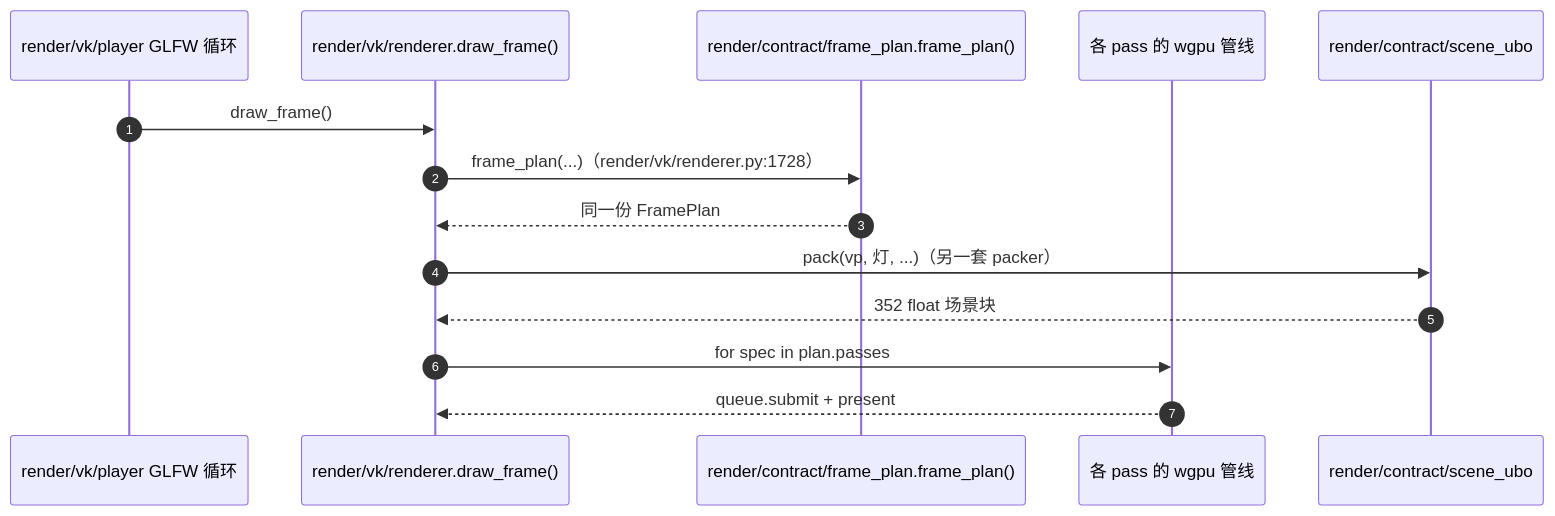
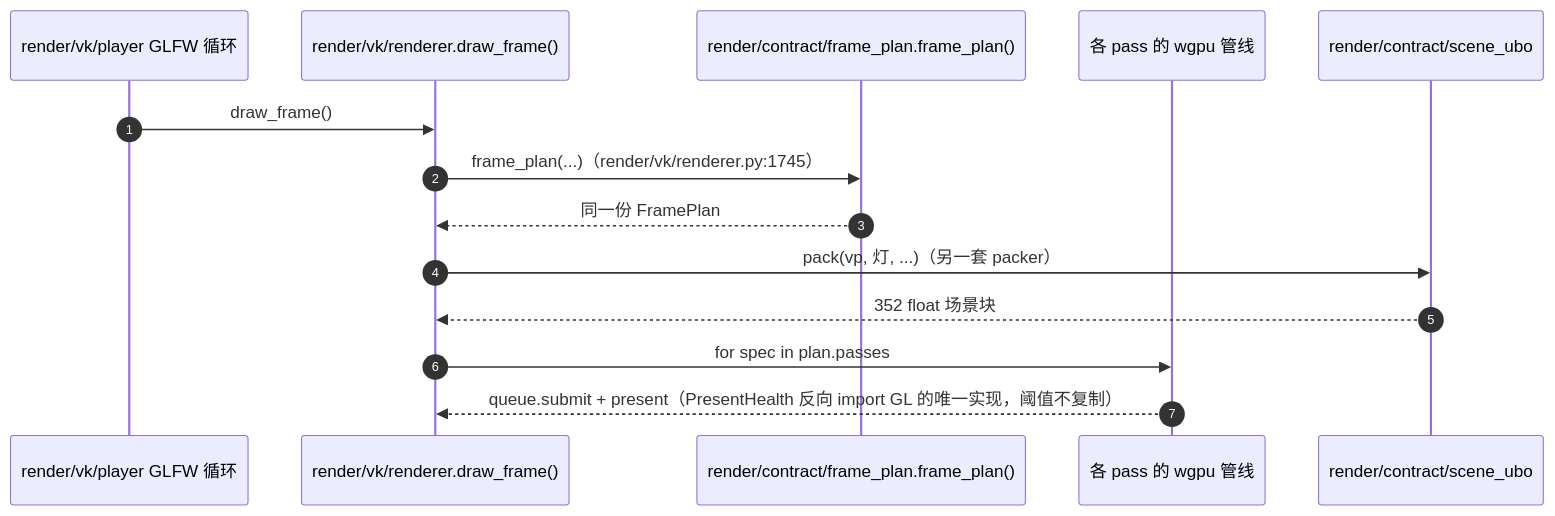
Before and after one commit to lhy302/WeaveEngine: diagram 15 of 23 in ARCHITECTURE.md, drawn with Mermaid. The commit also changed other lines of this file, not shown here.

First line of the commit message:
docs: 架构图 v4 —— 按 HEAD d156cee 真实状态统一重画 23 张 Mermaid 图

````diff
--- a/ARCHITECTURE.md
+++ b/ARCHITECTURE.md
@@ -570,16 +614,16 @@
 ```mermaid
 sequenceDiagram
   autonumber
   participant W as render/vk/player GLFW 循环
   participant R as render/vk/renderer.draw_frame()
   participant PL as render/contract/frame_plan.frame_plan()
   participant P as 各 pass 的 wgpu 管线
   participant U as render/contract/scene_ubo
   W->>R: draw_frame()
-  R->>PL: frame_plan(...)（render/vk/renderer.py:1728）
+  R->>PL: frame_plan(...)（render/vk/renderer.py:1745）
   PL-->>R: 同一份 FramePlan
   R->>U: pack(vp, 灯, ...)（另一套 packer）
   U-->>R: 352 float 场景块
   R->>P: for spec in plan.passes
-  P-->>R: queue.submit + present
+  P-->>R: queue.submit + present（PresentHealth 反向 import GL 的唯一实现，阈值不复制）
 ```
````
